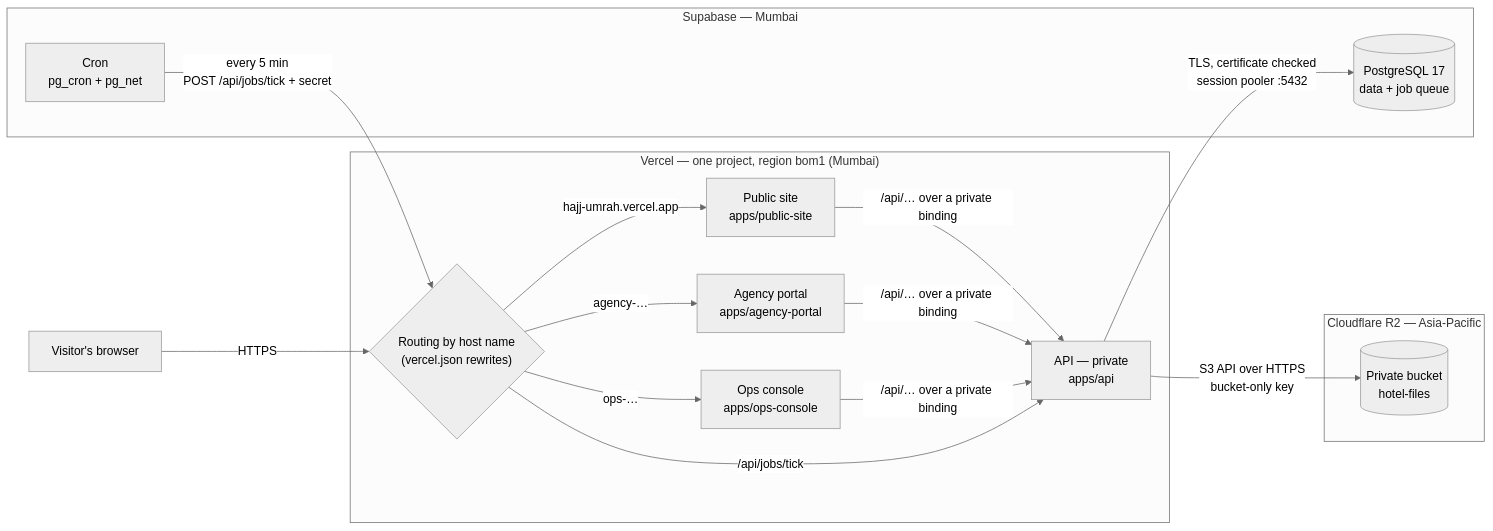
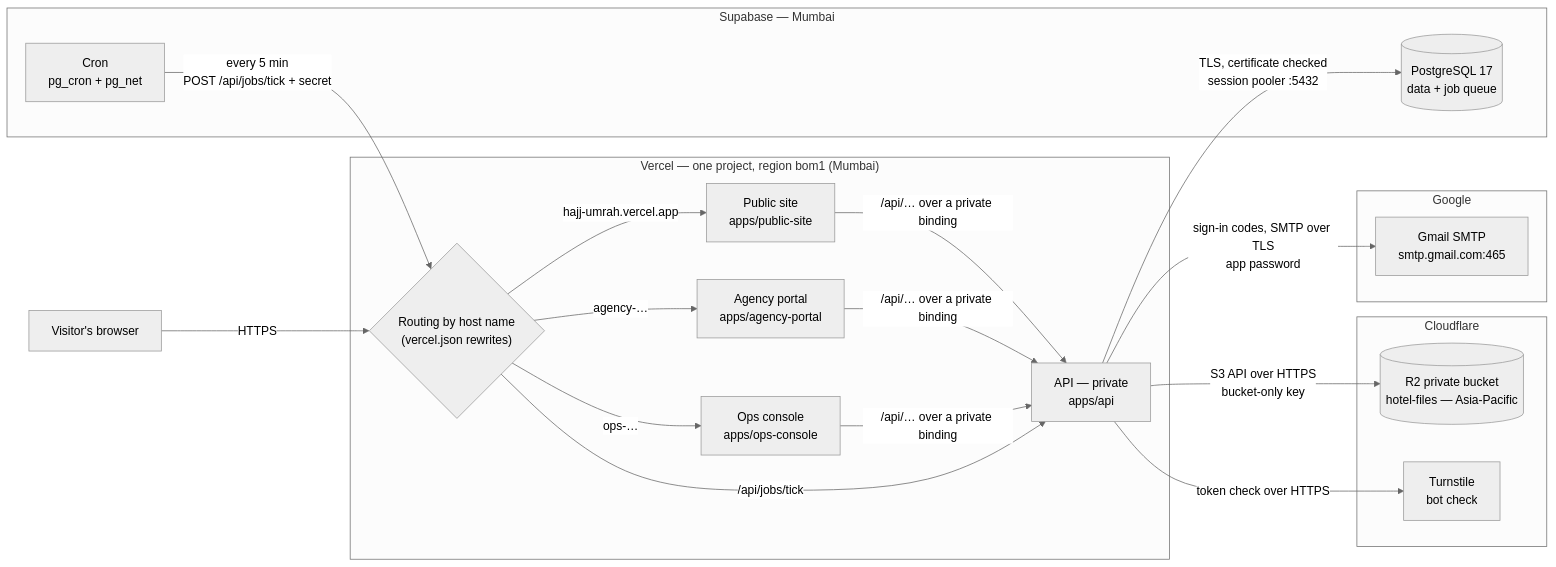
Before and after one commit to SarafatUllah/hajj-umrah-hotel-ops: the first of 5 diagrams in docs/DEPLOYMENT_ARCHITECTURE.md, drawn with Mermaid (neutral theme). The commit also changed other lines of this file and 4 other files, not shown here.

````diff
--- a/docs/DEPLOYMENT_ARCHITECTURE.md
+++ b/docs/DEPLOYMENT_ARCHITECTURE.md
@@ -9,31 +9,38 @@
 ```mermaid
 flowchart LR
     V["Visitor's browser"]
 
     subgraph Vercel["Vercel — one project, region bom1 (Mumbai)"]
         R{"Routing by host name<br/>(vercel.json rewrites)"}
         S["Public site<br/>apps/public-site"]
         A["Agency portal<br/>apps/agency-portal"]
         O["Ops console<br/>apps/ops-console"]
         API["API — private<br/>apps/api"]
     end
 
     subgraph Supabase["Supabase — Mumbai"]
         PG[("PostgreSQL 17<br/>data + job queue")]
         CRON["Cron<br/>pg_cron + pg_net"]
     end
 
-    subgraph Cloudflare["Cloudflare R2 — Asia-Pacific"]
-        B[("Private bucket<br/>hotel-files")]
+    subgraph Cloudflare["Cloudflare"]
+        B[("R2 private bucket<br/>hotel-files — Asia-Pacific")]
+        T["Turnstile<br/>bot check"]
+    end
+
+    subgraph Google["Google"]
+        G["Gmail SMTP<br/>smtp.gmail.com:465"]
     end
 
     V -->|HTTPS| R
     R -->|"hajj-umrah.vercel.app"| S
     R -->|"agency-…"| A
     R -->|"ops-…"| O
     S & A & O -->|"/api/… over a private binding"| API
     API -->|"TLS, certificate checked<br/>session pooler :5432"| PG
     API -->|"S3 API over HTTPS<br/>bucket-only key"| B
+    API -->|"sign-in codes, SMTP over TLS<br/>app password"| G
+    API -->|"token check over HTTPS"| T
     CRON -->|"every 5 min<br/>POST /api/jobs/tick + secret"| R
     R -->|"/api/jobs/tick"| API
 ```
````
